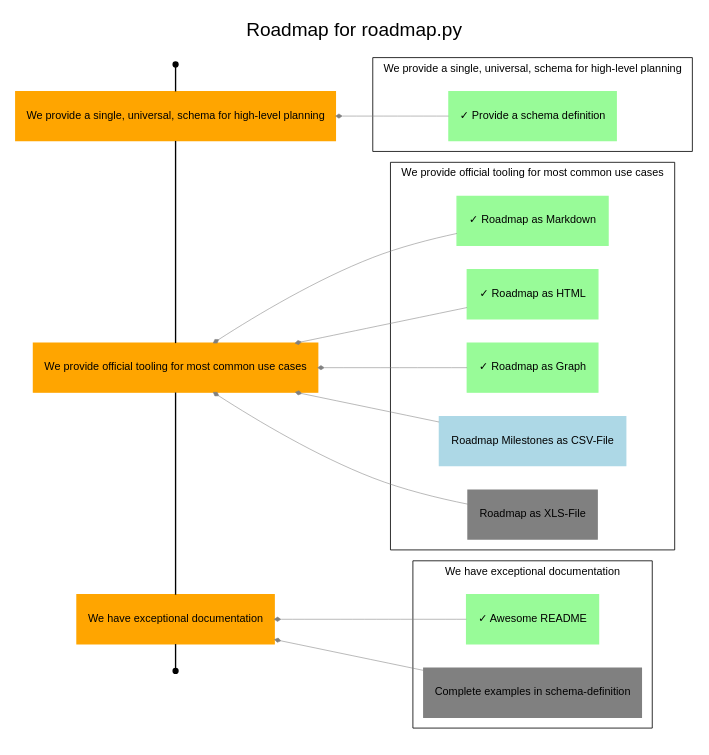
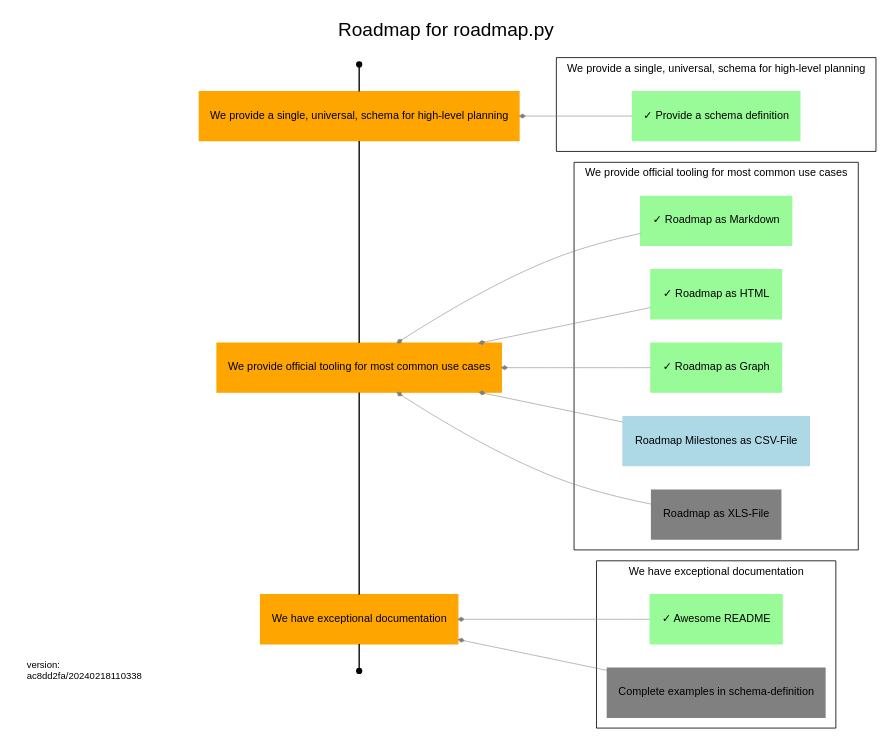
The diagram in roadmap/roadmap.dot (uroflavin/roadmap), drawn with Graphviz before and after one commit. The commit also changed 10 other files, not shown here.

Commit message:
feat: Make the version of a roadmap unique and visible

```diff
--- a/roadmap/roadmap.dot
+++ b/roadmap/roadmap.dot
@@ -1,137 +1,143 @@
 digraph Roadmap {
   rankdir=RL;
   label="Roadmap for roadmap.py"
   tooltip="This is the planning roadmap for the [uroflavin/roadmap](https://github.com/uroflavin/roadmap) project. 
 It acts as both the plan for implementing this tool as well as a demonstration of what a roadmap might look like.
 
 One good example is this roadmap itself. 
 What to-do and what is already done to implement roadmap.py can you see in this picture.
 
 ![Roadmap Objectives and Keyresults, rendered from roadmap.yml](roadmap.dot.png)
 
 One of the things you'll immediately notice about this file is that it uses *Markdown* for formatting of text and is designed around a structured YAML schema. 
 The goal is to make this as easy as possible for humans to read and reason about, while also enabling powerful visualizations to be generated based on the content.
 ";
   fontname="Arial";
   labelloc="t";
 
   node[style="filled",shape="rectangle",color="orange",fontname="Arial",fontsize=8];
   edge[weight=1,group="milestones",arrowhead="none"];
 
   {
 	rank=same;
 
 	start[label="Start",shape="point",color="",tooltip="This is the start of your roadmap."];
     end[label="End",shape="point",color="",tooltip="This is the end of your roadmap."];
     
     
     o1 [label="We provide a single, universal, schema for high-level planning",tooltip="The goal of this project is, primarily, to provide a single schema that can be used by different teams to describe the work they are doing and their future intentions. 
 The usefulness and applicability of this schema to real-world problem domains will determine whether anything else we do here is of value.
 "];
         
             "start" -> o1;
         
     o2 [label="We provide official tooling for most common use cases",tooltip="While the goal of having a single unified schema for planning is that it enables the development of tools that automate various aspects of planning, most teams are not going to adopt this if the fundamentals aren't already solved for them. 
 This includes things like being able to visualize your road map in common formats, validating it against the schema etc.
 "];
         
             o1 -> o2;
         
     o3 [label="We have exceptional documentation",tooltip="Adoption of something intended to make planning easier is only going to be successful if it is easy to use, and a critical part of that is great documentation. 
 Our goal is that someone with no familiarity with our tooling can ramp up and have an initial road map ready for use within only a few minutes.
 "];
         
             o2 -> o3;
         
             o3 -> "end" ;
         }
   node[color="grey"];
   edge[weight=5,color="grey",penwidth=0.4,arrowsize=0.4,group="dependencies",arrowhead="diamond"];
 
   
         
         subgraph cluster_o1 {
             label="We provide a single, universal, schema for high-level planning";
             tooltip="The goal of this project is, primarily, to provide a single schema that can be used by different teams to describe the work they are doing and their future intentions. 
 The usefulness and applicability of this schema to real-world problem domains will determine whether anything else we do here is of value.
 ";
             fontsize=8;
             penwidth=0.6;
             
                 
                 
                     
                 o1_r1 [label="✓ Provide a schema definition",tooltip="Develop a schema that fulfills the main requirements of the objective",color="palegreen"];
                 o1_r1 -> o1;
             }
     
         
         subgraph cluster_o2 {
             label="We provide official tooling for most common use cases";
             tooltip="While the goal of having a single unified schema for planning is that it enables the development of tools that automate various aspects of planning, most teams are not going to adopt this if the fundamentals aren't already solved for them. 
 This includes things like being able to visualize your road map in common formats, validating it against the schema etc.
 ";
             fontsize=8;
             penwidth=0.6;
             
                 
                 
                     
                 o2_r1 [label="✓ Roadmap as Markdown",tooltip="We should be able to generate some markdown out of roadmap.yml
 ",color="palegreen"];
                 o2_r1 -> o2;
             
                 
                 
                     
                 o2_r2 [label="✓ Roadmap as HTML",tooltip="We should be able to generate some html out of roadmap.yml
 ",color="palegreen"];
                 o2_r2 -> o2;
             
                 
                 
                     
                 o2_r3 [label="✓ Roadmap as Graph",tooltip="We should be able to generate some dot out of roadmap.yml
 ",color="palegreen"];
                 o2_r3 -> o2;
             
                 
                 
                     
                 o2_r4 [label="Roadmap Milestones as CSV-File",tooltip="Excel is THE projectmanagement tool. 
 To render some progress in your favorite tool ;-) we should be able to generate some csv out of roadmap.yml-milestone and deliverables.
 CSV is limited capable for exporting everything, so this would be a good first step towards Roadmap als XLS-File.
 ",color="lightblue"];
                 o2_r4 -> o2;
             
                 
                 
                     
                 o2_r5 [label="Roadmap as XLS-File",tooltip="We should be able to generate some xls out of roadmap.yml
 ",color="grey"];
                 o2_r5 -> o2;
             }
     
         
         subgraph cluster_o3 {
             label="We have exceptional documentation";
             tooltip="Adoption of something intended to make planning easier is only going to be successful if it is easy to use, and a critical part of that is great documentation. 
 Our goal is that someone with no familiarity with our tooling can ramp up and have an initial road map ready for use within only a few minutes.
 ";
             fontsize=8;
             penwidth=0.6;
             
                 
                 
                     
                 o3_r1 [label="✓ Awesome README",tooltip="We need to complete our README explaining the purpose of this project and giving some basic examples of its use.
 ",color="palegreen"];
                 o3_r1 -> o3;
             
                 
                 
                     
                 o3_r2 [label="Complete examples in schema-definition",tooltip="Complete the examples so that every user of the schema is able to find suitable examples for their specific use cases",color="grey"];
                 o3_r2 -> o3;
             }
-    }
+    subgraph footer {
+                {
+                    rank="sink"; 
+                    footer [fontsize=7 shape="box" color="white" label="version:\lac8dd2fa/20240218110338\l"];
+                }
+            }
+}
```
